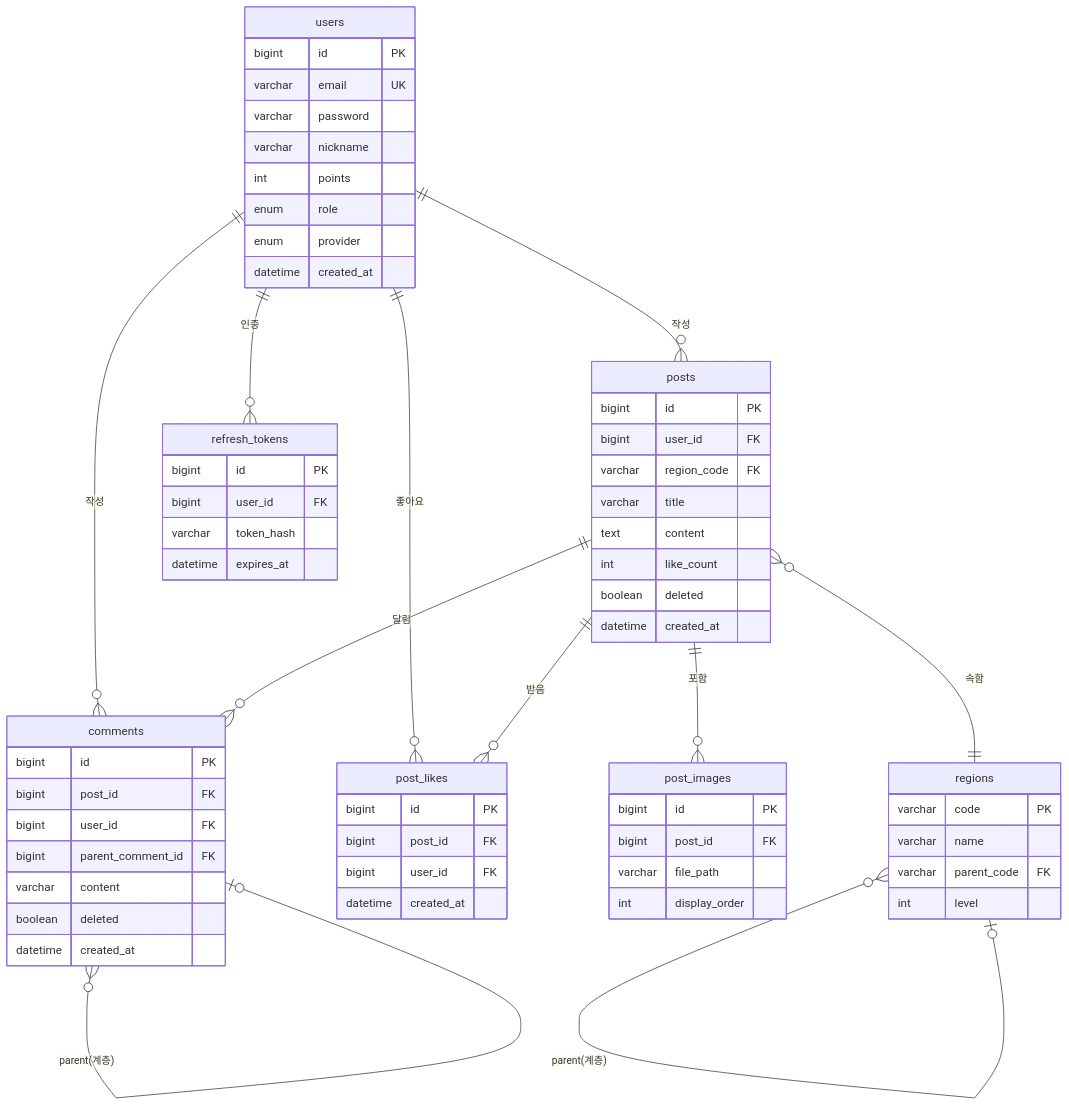
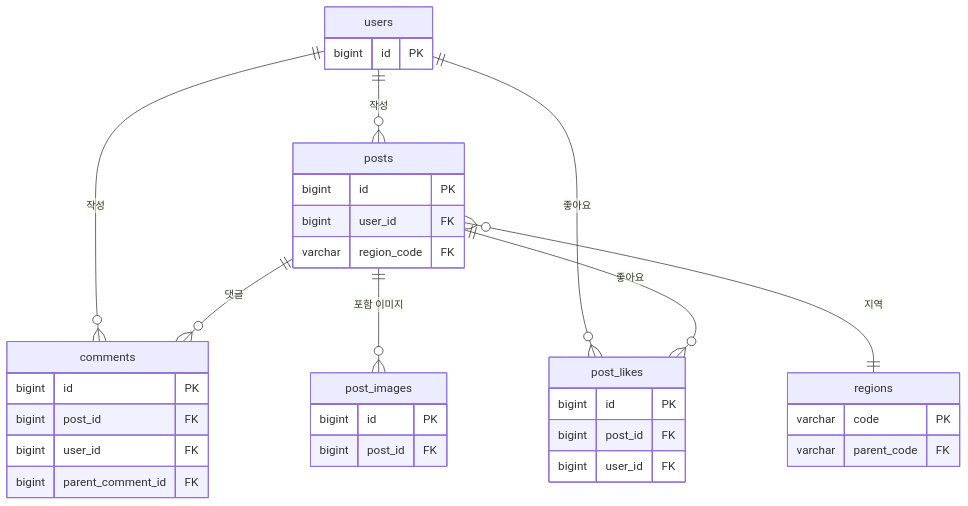
One commit to beginner0107/eventitta changed the first of 3 diagrams in README.md. Above: the diagram before and after it, drawn with Mermaid. The commit also changed other lines of this file and 1 other file, not shown here.

Commit message:
docs: ERD 가독성 개선 및 Mermaid 문법 수정

````diff
--- a/README.md
+++ b/README.md
@@ -38,73 +38,38 @@
 ```mermaid
 erDiagram
-  users ||--o{ posts: "작성"
-  users ||--o{ comments: "작성"
-  users ||--o{ post_likes: "좋아요"
-  users ||--o{ refresh_tokens: "인증"
-  posts ||--o{ post_images: "포함"
-  posts ||--o{ post_likes: "받음"
-  posts ||--o{ comments: "달림"
-  posts }o--|| regions: "속함"
-  comments }o--o| comments: "parent(계층)"
-  regions }o--o| regions: "parent(계층)"
+  users ||--o{ posts : "작성"
+  users ||--o{ comments : "작성"
+  users ||--o{ post_likes : "좋아요"
+  posts ||--o{ comments : "댓글"
+  posts ||--o{ post_images : "포함 이미지"
+  posts ||--o{ post_likes : "좋아요"
+  posts }o--|| regions : "지역"
 
   users {
     bigint id PK
-    varchar email UK
-    varchar password
-    varchar nickname
-    int points
-    enum role
-    enum provider
-    datetime created_at
   }
-
   posts {
     bigint id PK
     bigint user_id FK
     varchar region_code FK
-    varchar title
-    text content
-    int like_count
-    boolean deleted
-    datetime created_at
   }
-
   comments {
     bigint id PK
     bigint post_id FK
     bigint user_id FK
     bigint parent_comment_id FK
-    varchar content
-    boolean deleted
-    datetime created_at
   }
-
   post_images {
     bigint id PK
     bigint post_id FK
-    varchar file_path
-    int display_order
   }
-
   post_likes {
     bigint id PK
     bigint post_id FK
     bigint user_id FK
-    datetime created_at
   }
-
   regions {
     varchar code PK
-    varchar name
     varchar parent_code FK
-    int level
-  }
-
-  refresh_tokens {
-    bigint id PK
-    bigint user_id FK
-    varchar token_hash
-    datetime expires_at
   }
 ```
````
